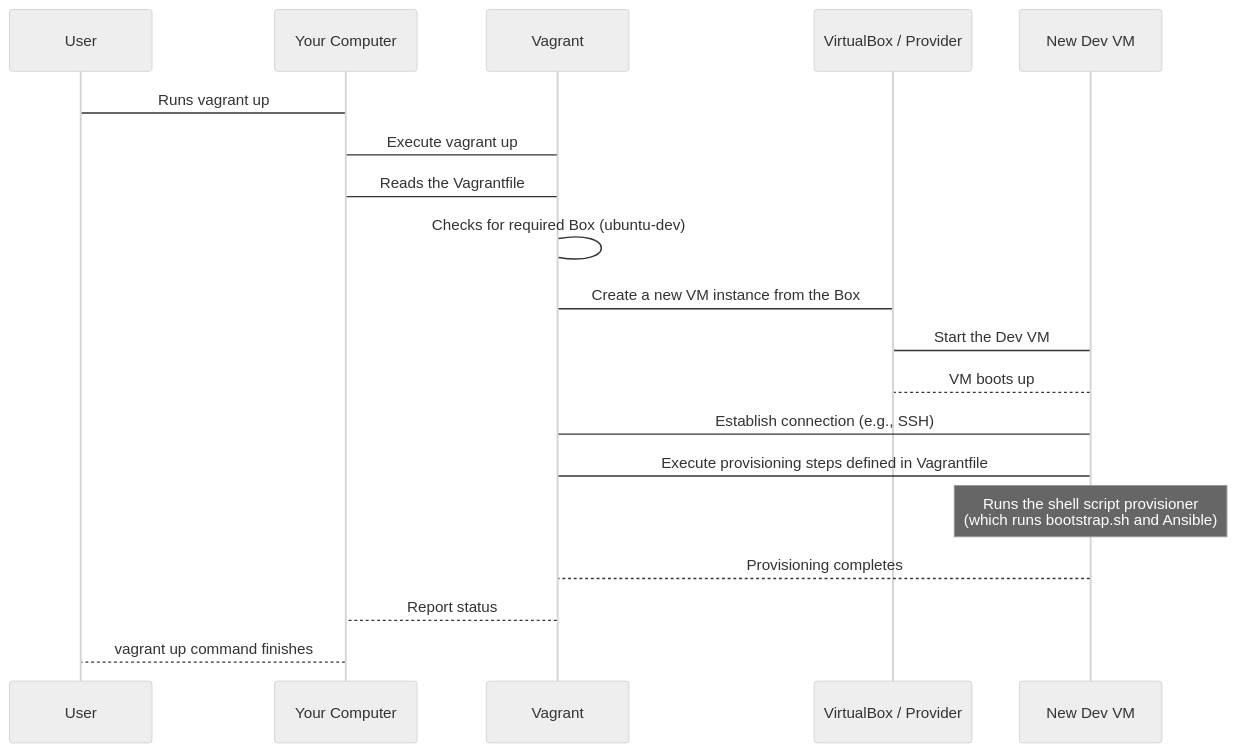
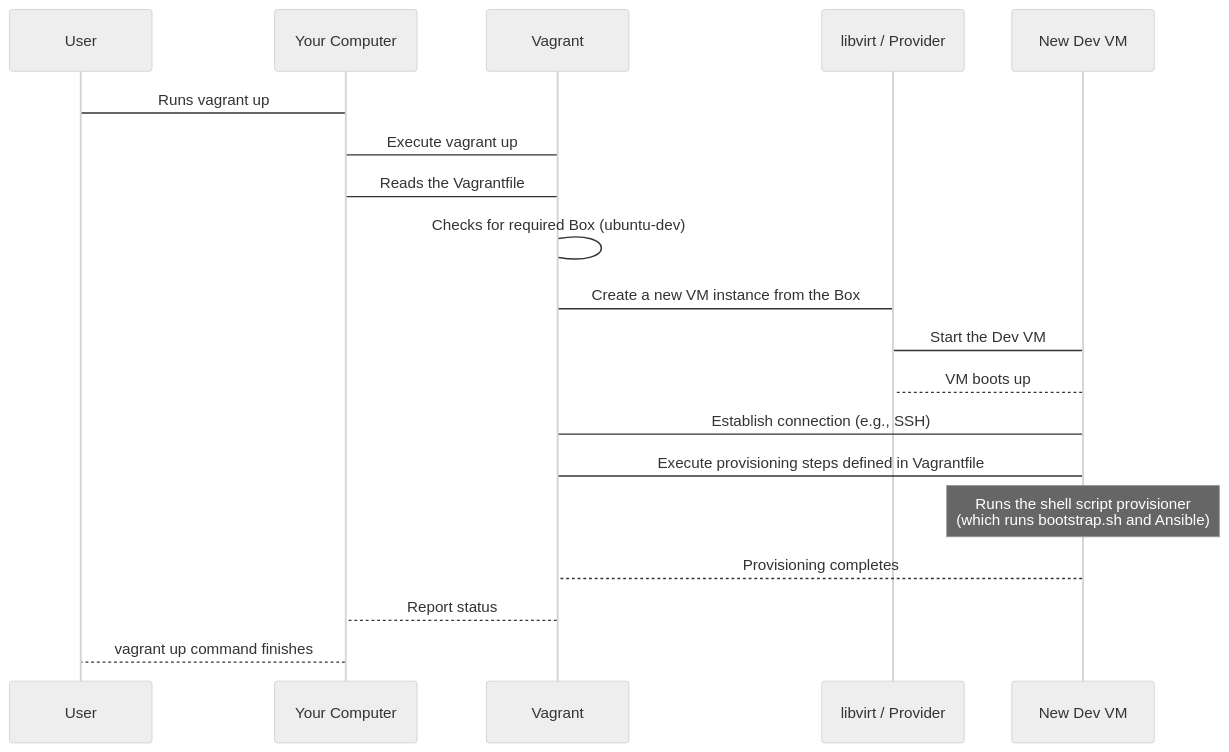
Before and after one commit to arslan-qamar/devsetups: the diagram in codebase tutorial/03_vagrant_.md, drawn with Mermaid (neutral theme). The commit also changed other lines of this file and 29 other files, not shown here.

First line of the commit message:
Refactor Vagrant setup to support libvirt/KVM

````diff
--- a/codebase tutorial/03_vagrant_.md
+++ b/codebase tutorial/03_vagrant_.md
@@ -110,23 +110,23 @@
 ```mermaid
 sequenceDiagram
     participant User
     participant HostVM as Your Computer
     participant VagrantTool as Vagrant
-    participant VirtualBox as VirtualBox / Provider
+    participant Libvirt as libvirt / Provider
     participant DevVM as New Dev VM
 
     User->HostVM: Runs vagrant up
     HostVM->VagrantTool: Execute vagrant up
     VagrantTool->HostVM: Reads the Vagrantfile
     VagrantTool->VagrantTool: Checks for required Box (ubuntu-dev)
-    VagrantTool->VirtualBox: Create a new VM instance from the Box
-    VirtualBox->DevVM: Start the Dev VM
-    DevVM-->VirtualBox: VM boots up
+    VagrantTool->Libvirt: Create a new VM instance from the Box
+    Libvirt->DevVM: Start the Dev VM
+    DevVM-->Libvirt: VM boots up
     VagrantTool->DevVM: Establish connection (e.g., SSH)
     VagrantTool->DevVM: Execute provisioning steps defined in Vagrantfile
     Note over DevVM: Runs the shell script provisioner<br/>(which runs bootstrap.sh and Ansible)
     DevVM-->VagrantTool: Provisioning completes
     VagrantTool-->HostVM: Report status
     HostVM-->User: vagrant up command finishes
 
 ```
````
